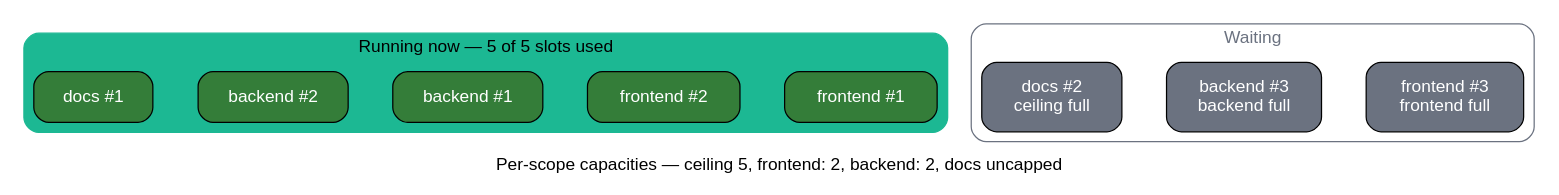
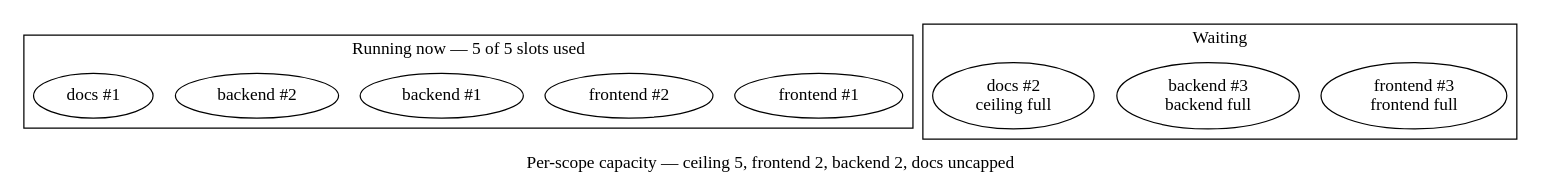
Before and after one commit to Mergifyio/docs: the fourth of 5 diagrams in src/content/docs/merge-queue/queue-modes.mdx, drawn with Graphviz. The commit also changed other lines of this file and 20 other files, not shown here.

````diff
--- a/src/content/docs/merge-queue/queue-modes.mdx
+++ b/src/content/docs/merge-queue/queue-modes.mdx
@@ -296,41 +267,26 @@
-```dot class="graph"
-strict digraph {
-  fontname="sans-serif";
-  rankdir="TB";
-  label="Per-scope capacities — ceiling 5, frontend: 2, backend: 2, docs uncapped";
-  nodesep=0.5;
-  ranksep=0.7;
-
-  node [shape=box, style="rounded,filled", fontcolor="white", fontname="sans-serif", margin="0.3,0.18"];
+```dot class="flow"
+digraph {
+  label="Per-scope capacity — ceiling 5, frontend 2, backend 2, docs uncapped";
   edge [style=invis];
 
   subgraph cluster_running {
-    style="rounded,filled";
-    fillcolor="#1CB893";
-    color="#1CB893";
-    fontcolor="#000000";
+    class="batch";
     label="Running now — 5 of 5 slots used";
-
-    F1 [label="frontend #1", fillcolor="#347D39"];
-    F2 [label="frontend #2", fillcolor="#347D39"];
-    B1 [label="backend #1", fillcolor="#347D39"];
-    B2 [label="backend #2", fillcolor="#347D39"];
-    D1 [label="docs #1", fillcolor="#347D39"];
-
+    F1 [label="frontend #1", class="pending"];
+    F2 [label="frontend #2", class="pending"];
+    B1 [label="backend #1", class="pending"];
+    B2 [label="backend #2", class="pending"];
+    D1 [label="docs #1", class="pending"];
     { rank=same; F1; F2; B1; B2; D1; }
   }
 
   subgraph cluster_waiting {
-    style="rounded";
-    color="#6B7280";
-    fontcolor="#6B7280";
+    class="muted";
     label="Waiting";
-
-    F3 [label="frontend #3\nfrontend full", fillcolor="#6B7280"];
-    B3 [label="backend #3\nbackend full", fillcolor="#6B7280"];
-    D2 [label="docs #2\nceiling full", fillcolor="#6B7280"];
-
+    F3 [label="frontend #3\nfrontend full", class="muted"];
+    B3 [label="backend #3\nbackend full", class="muted"];
+    D2 [label="docs #2\nceiling full", class="muted"];
     { rank=same; F3; B3; D2; }
   }
 }
 ```
````
